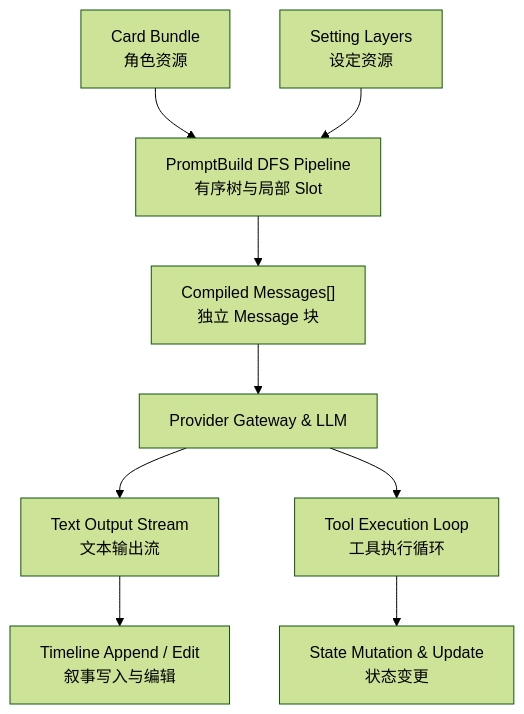
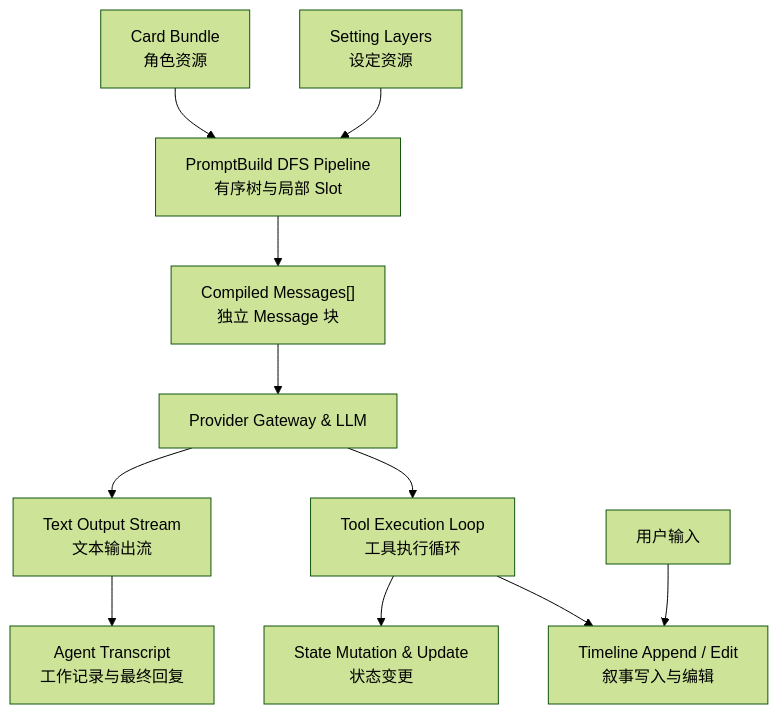
One commit to Hai-de/LoomStudio changed the diagram in README.md. Above: the diagram before and after it, drawn with Mermaid (forest theme). The commit also changed other lines of this file and 102 other files, not shown here.

````diff
--- a/README.md
+++ b/README.md
@@ -74,13 +74,16 @@
 ```mermaid
 flowchart TD
     card["Card Bundle<br/>角色资源"] --> prompt
     settings["Setting Layers<br/>设定资源"] --> prompt
     prompt["PromptBuild DFS Pipeline<br/>有序树与局部 Slot"] --> messages
     messages["Compiled Messages[]<br/>独立 Message 块"] --> provider
     provider["Provider Gateway & LLM"] --> output
     provider --> tools
-    output["Text Output Stream<br/>文本输出流"] --> timeline
+    output["Text Output Stream<br/>文本输出流"] --> transcript
+    transcript["Agent Transcript<br/>工作记录与最终回复"]
     tools["Tool Execution Loop<br/>工具执行循环"] --> state
+    tools --> timeline
+    input["用户输入"] --> timeline
     timeline["Timeline Append / Edit<br/>叙事写入与编辑"]
     state["State Mutation & Update<br/>状态变更"]
 ```
````
